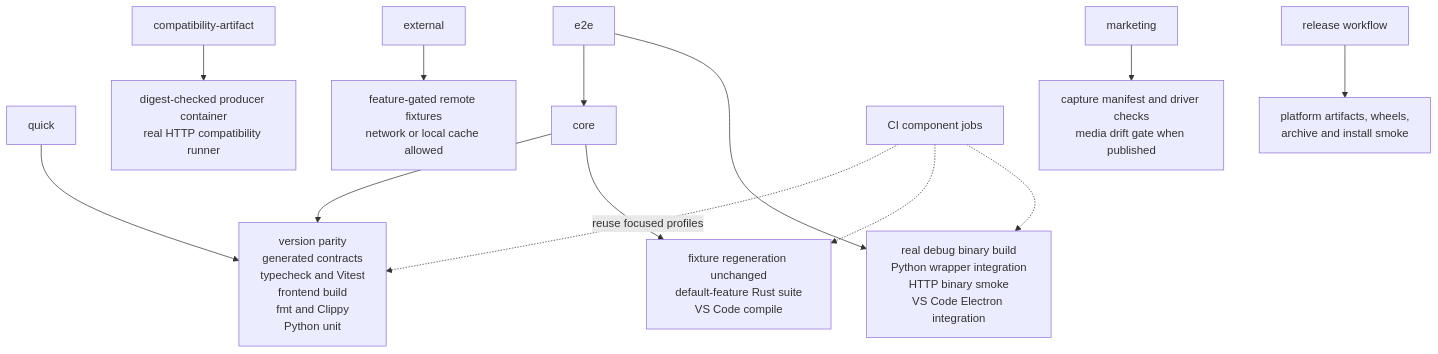
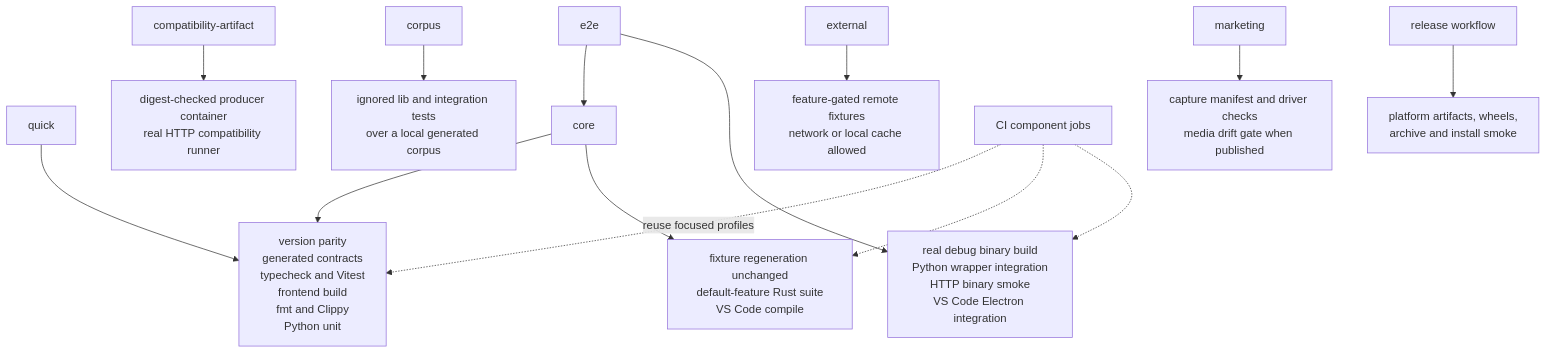
Before and after one commit to dcmview/dcmview: the third of 4 diagrams in docs/architecture.md, drawn with Mermaid. The commit also changed other lines of this file, not shown here.

First line of the commit message:
docs(architecture): document the corpus profile and shared test oracles

````diff
--- a/docs/architecture.md
+++ b/docs/architecture.md
@@ -359,15 +359,16 @@
 ```mermaid
 flowchart TD
     quick["quick"] --> qlayers["version parity<br/>generated contracts<br/>typecheck and Vitest<br/>frontend build<br/>fmt and Clippy<br/>Python unit"]
     core["core"] --> qlayers
     core --> clayers["fixture regeneration unchanged<br/>default-feature Rust suite<br/>VS Code compile"]
     e2e["e2e"] --> core
     e2e --> elayers["real debug binary build<br/>Python wrapper integration<br/>HTTP binary smoke<br/>VS Code Electron integration"]
     artifact["compatibility-artifact"] --> alayers["digest-checked producer container<br/>real HTTP compatibility runner"]
+    corpus["corpus"] --> players["ignored lib and integration tests<br/>over a local generated corpus"]
     external["external"] --> xlayers["feature-gated remote fixtures<br/>network or local cache allowed"]
     marketing["marketing"] --> mlayers["capture manifest and driver checks<br/>media drift gate when published"]
     ci["CI component jobs"] -. "reuse focused profiles" .-> qlayers
     ci -.-> clayers
     ci -.-> elayers
     release["release workflow"] --> rlayers["platform artifacts, wheels,<br/>archive and install smoke"]
 ```
````
